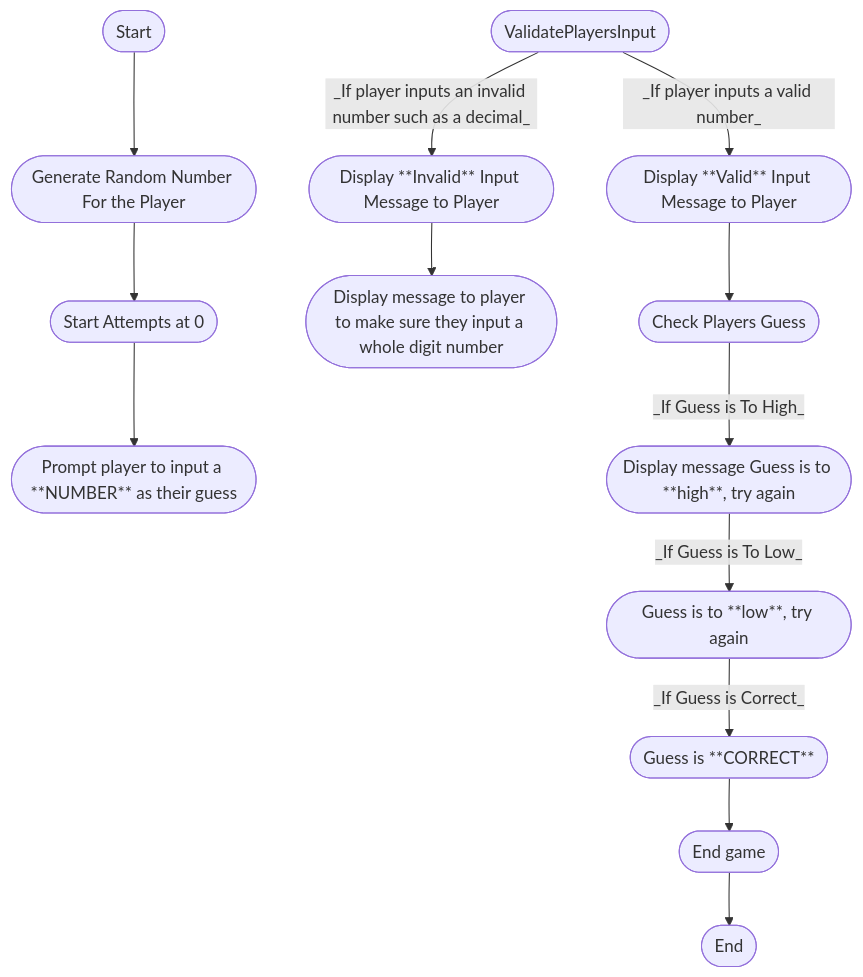
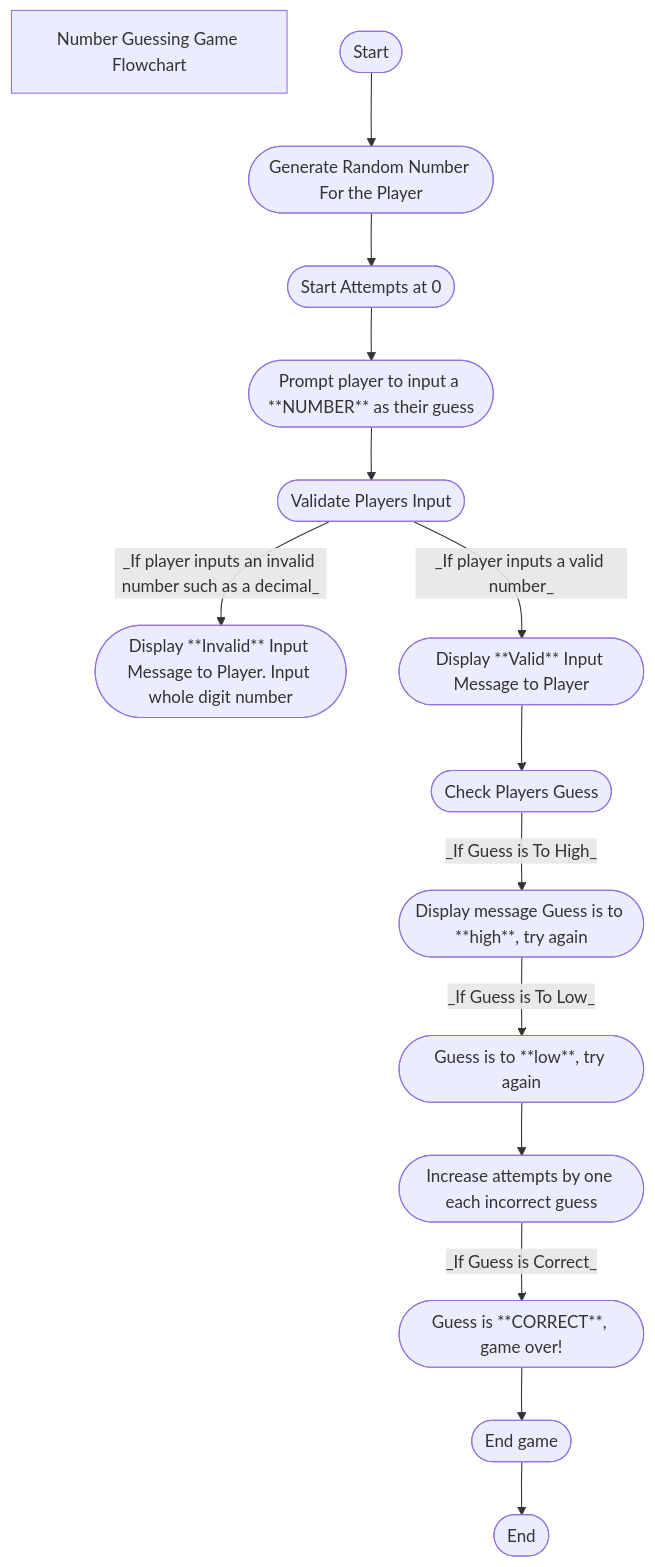
One commit to jdmcmahon03/jdmcmahon03.github.io changed the diagram in Guessing.md. Above: the diagram before and after it, drawn with Mermaid. The commit also changed other lines of this file, not shown here.

````diff
--- a/Guessing.md
+++ b/Guessing.md
@@ -1,18 +1,19 @@
 ```mermaid
 flowchart TD
+id1[Number Guessing Game Flowchart]
 Start([Start]) --> GenerateRandomNumber([Generate Random Number For the Player])
 --> SetNumberofAttempts([Start Attempts at 0])
 
 -->PlayerInputNumber([Prompt player to input a **NUMBER** as their guess])
-ValidatePlayersInput([ValidatePlayersInput]) -- _If player inputs an invalid number such as a decimal_ --> InvalidInput([Display **Invalid** Input Message to Player])
--->CorrectError([Display message to player to make sure they input a whole digit number])
+-->ValidatePlayersInput([Validate Players Input]) -- _If player inputs an invalid number such as a decimal_ --> InvalidInput([Display **Invalid** Input Message to Player. Input whole digit number])
 ValidatePlayersInput -- _If player inputs a valid number_ --> ValidInput([Display **Valid** Input Message to Player])
 
 -->CheckPlayersGuess([Check Players Guess])
 -- _If Guess is To High_ --> TellPlayerThereGuessistoHigh([Display message Guess is to **high**, try again])
--- _If Guess is To Low_ --> TellPlayerThereGuessistoLow([Guess is to **low**, try again])
--- _If Guess is Correct_ --> TellPlayerThereGuessisCorrect([Guess is **CORRECT**])
+-- _If Guess is To Low_ --> TellPlayerThereGuessistoLow([Guess is to **low**, try again]) 
+-->IncreaseNumberofAttemps([Increase attempts by one each incorrect guess])
+-- _If Guess is Correct_ --> TellPlayerThereGuessisCorrect([Guess is **CORRECT**, game over!])
 -->EndGame([End game])
 
 --> End([End])
 ```
````
